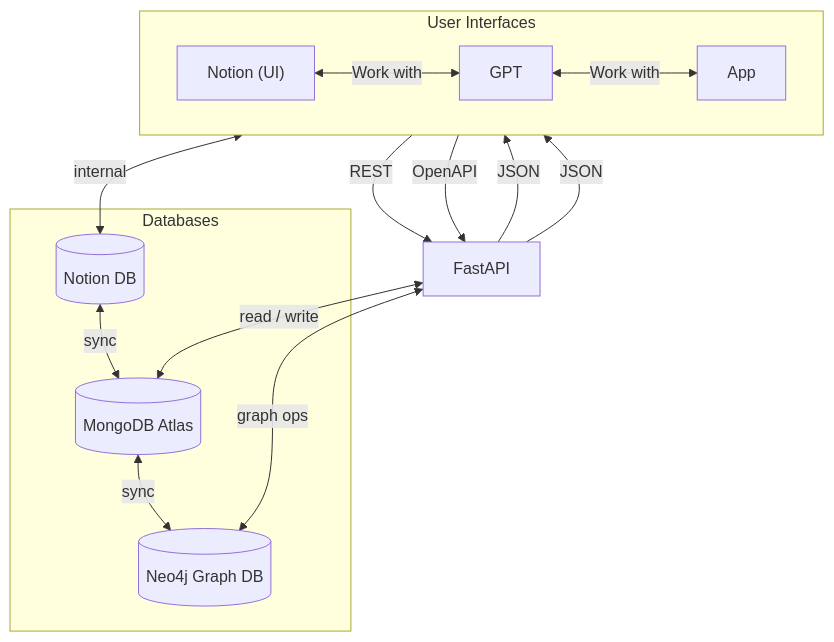
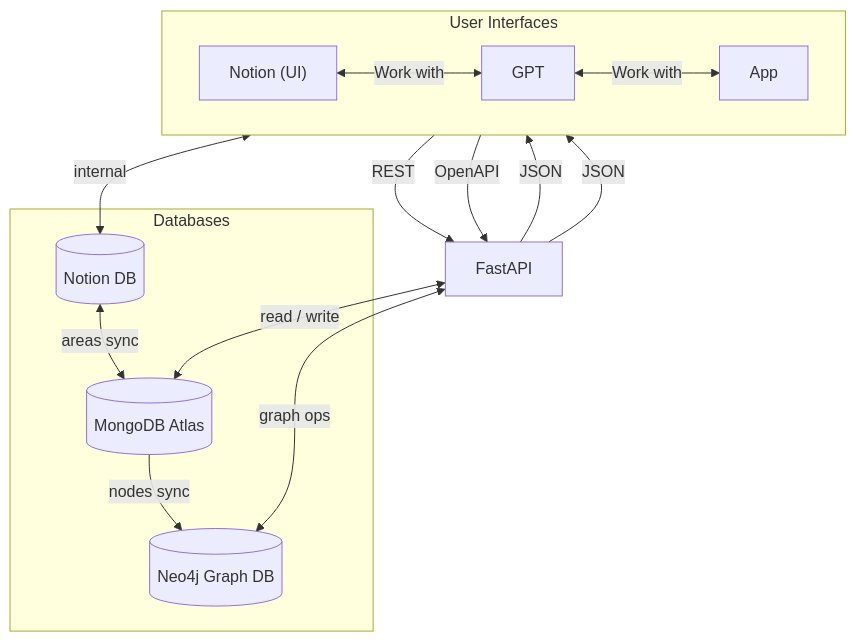
One commit to cherryfunk/Alpha-AI changed the diagram in Diagrams/architecture_graph.mmd. Above: the diagram before and after it, drawn with Mermaid. The commit also changed 6 other files, not shown here.

```diff
--- a/Diagrams/architecture_graph.mmd
+++ b/Diagrams/architecture_graph.mmd
@@ -1,43 +1,43 @@
 graph TD
   %% --- UI Layer ---
   subgraph "User Interfaces"
     direction LR
     NotionUI["Notion (UI)"]
     GPT["GPT"]
     App["App"]
   end
 
   %% --- UI Interactions (clean layout) ---
   NotionUI <--> |"Work with"| GPT
   GPT <--> |"Work with"| App
 
   %% --- Service / Worker Layer ---
   FastAPI["FastAPI"]
 
   %% --- Data Layer ---
   subgraph "Databases"
     NotionDB[("Notion DB")]
     MongoDB[("MongoDB Atlas")]
     Neo4j[("Neo4j Graph DB")]
   end
 
   %% --- Flows ---
   NotionUI <--> |"internal"| NotionDB
 
   %% Bidirectional sync between Notion and Mongo
-  NotionDB <--> |"sync"| MongoDB
+  NotionDB <--> |"areas sync"| MongoDB
 
   %% Application traffic
   App -- "REST" --> FastAPI
   GPT -- "OpenAPI" --> FastAPI
   FastAPI <--> |"read / write"| MongoDB
 
   %% FastAPI graph interactions (read / write)
   FastAPI <--> |"graph ops"| Neo4j
 
-  %% Bidirectional sync between Mongo and Neo4j
-  MongoDB <--> |"sync"| Neo4j
+  %% Nodes sync between Mongo and Neo4j
+  MongoDB --> |"nodes sync"| Neo4j
 
   %% Responses back to UIs
   FastAPI -- "JSON" --> App
   FastAPI -- "JSON" --> GPT 
```
